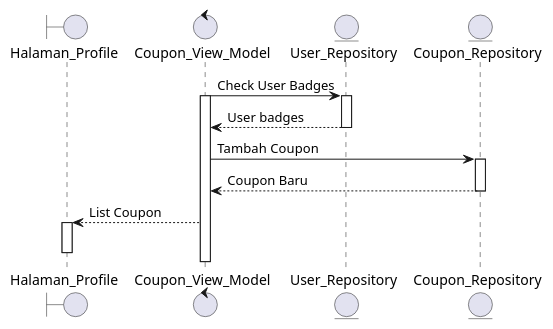
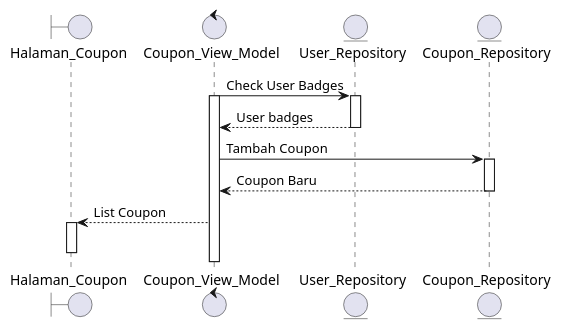
The diagram in uml_diagram/sequence diagram/weekly_reward.plantuml (mariopandapotansimarmata/jogja_kita_gamification), drawn with PlantUML before and after one commit. The commit also changed 8 other files, not shown here.

Commit message:
add few uml diagram, fix some bugs

```diff
--- a/uml_diagram/sequence diagram/weekly_reward.plantuml
+++ b/uml_diagram/sequence diagram/weekly_reward.plantuml
@@ -1,27 +1,27 @@
 @startuml Weekly Reward
 
 
 
-boundary Halaman_Profile as Halaman_Profile
+boundary Halaman_Coupon as Halaman_Coupon
 control Coupon_View_Model as Coupon_View_Model
 entity User_Repository as User_Repository
 entity Coupon_Repository as Coupon_Repository
 
 
 Coupon_View_Model -> User_Repository : Check User Badges
 activate Coupon_View_Model
 activate User_Repository
 
 Coupon_View_Model <-- User_Repository : User badges
 deactivate User_Repository
 
 Coupon_View_Model -> Coupon_Repository : Tambah Coupon
 activate Coupon_Repository
 
 Coupon_View_Model <-- Coupon_Repository: Coupon Baru
 deactivate Coupon_Repository
 
-Halaman_Profile <-- Coupon_View_Model : List Coupon
-activate Halaman_Profile
-deactivate Halaman_Profile
+Halaman_Coupon <-- Coupon_View_Model : List Coupon
+activate Halaman_Coupon
+deactivate Halaman_Coupon
 @enduml
```
